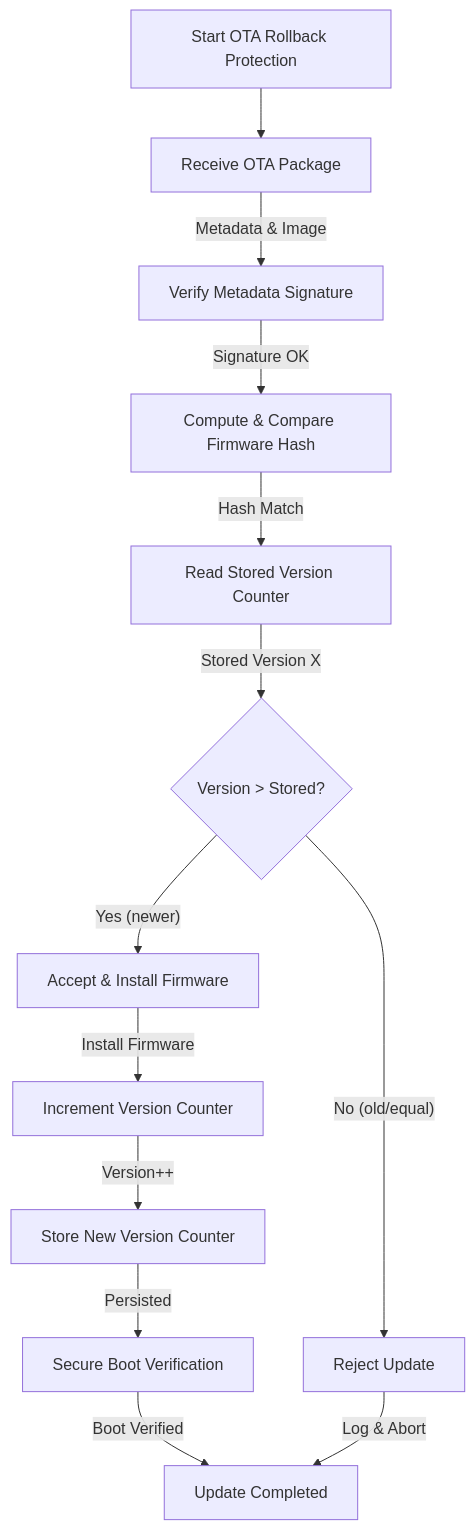
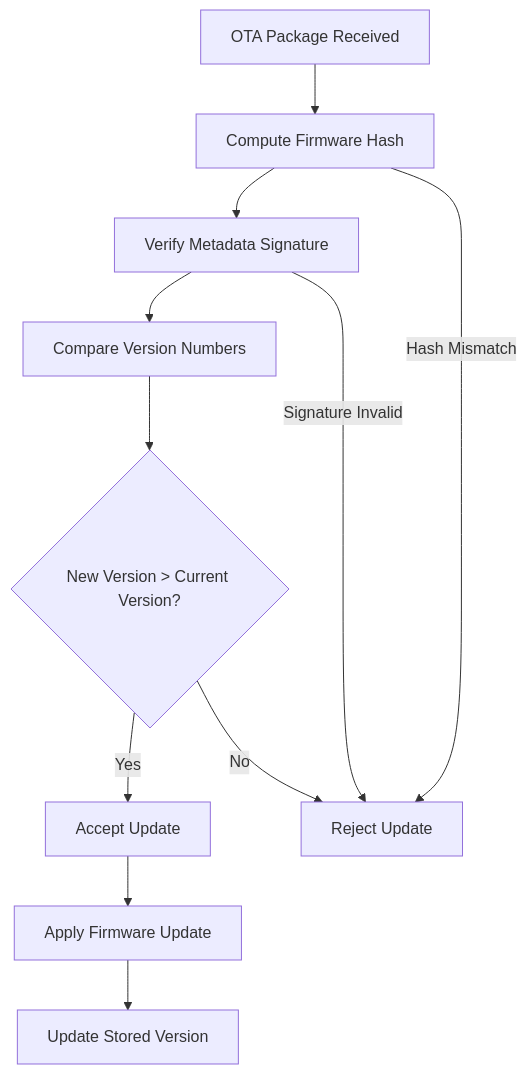
Before and after one commit to CagriCatik/Clarion: the first of 2 diagrams in outputs/03_protection-rollback_doc.md, drawn with Mermaid. The commit also changed other lines of this file and 22 other files, not shown here.

````diff
--- a/outputs/03_protection-rollback_doc.md
+++ b/outputs/03_protection-rollback_doc.md
@@ -26,28 +15,13 @@
 ```mermaid
 graph TD
-    Start_Node["Start OTA Rollback Protection"]
-    Receive_Update["Receive OTA Package"]
-    Verify_Signature["Verify Metadata Signature"]
-    Verify_Hash["Compute & Compare Firmware Hash"]
-    Read_Stored_Version["Read Stored Version Counter"]
-    Compare_Version{"Version > Stored?"}
-    Accept_Update["Accept & Install Firmware"]
-    Update_Counter["Increment Version Counter"]
-    Secure_Store["Store New Version Counter"]
-    Reboot["Secure Boot Verification"]
-    End_Node["Update Completed"]
-    Reject_Node["Reject Update"]
-
-    Start_Node --> Receive_Update
-    Receive_Update -- "Metadata & Image" --> Verify_Signature
-    Verify_Signature -- "Signature OK" --> Verify_Hash
-    Verify_Hash -- "Hash Match" --> Read_Stored_Version
-    Read_Stored_Version -- "Stored Version X" --> Compare_Version
-    Compare_Version -- "Yes (newer)" --> Accept_Update
-    Compare_Version -- "No (old/equal)" --> Reject_Node
-    Accept_Update -- "Install Firmware" --> Update_Counter
-    Update_Counter -- "Version++" --> Secure_Store
-    Secure_Store -- "Persisted" --> Reboot
-    Reboot -- "Boot Verified" --> End_Node
-    Reject_Node -- "Log & Abort" --> End_Node
+    A["OTA Package Received"] --> B["Compute Firmware Hash"]
+    B --> C["Verify Metadata Signature"]
+    C --> D["Compare Version Numbers"]
+    D --> E{"New Version > Current Version?"}
+    E -- "Yes" --> F["Accept Update"]
+    E -- "No" --> G["Reject Update"]
+    F --> H["Apply Firmware Update"]
+    H --> I["Update Stored Version"]
+    C -- "Signature Invalid" --> G
+    B -- "Hash Mismatch" --> G
 ```
````
